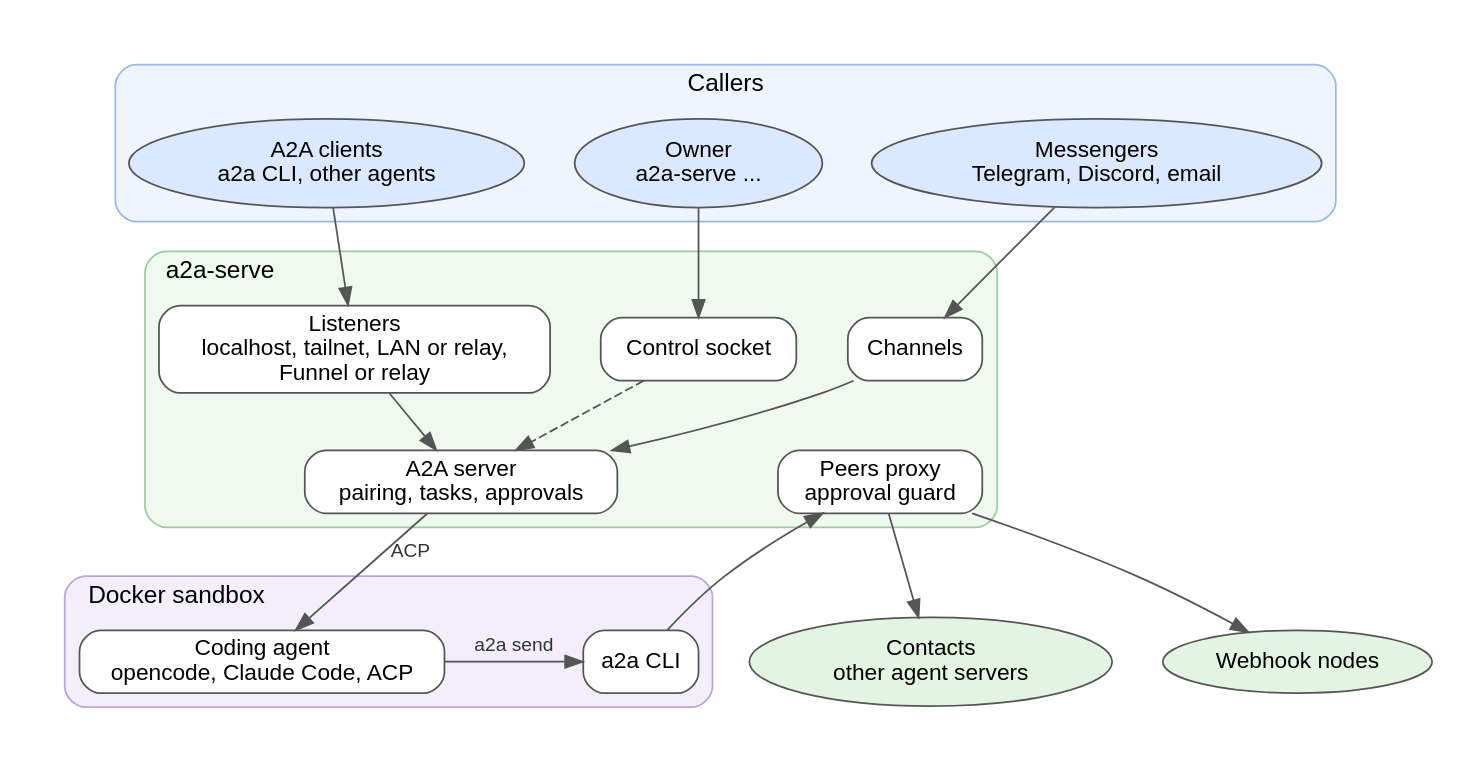
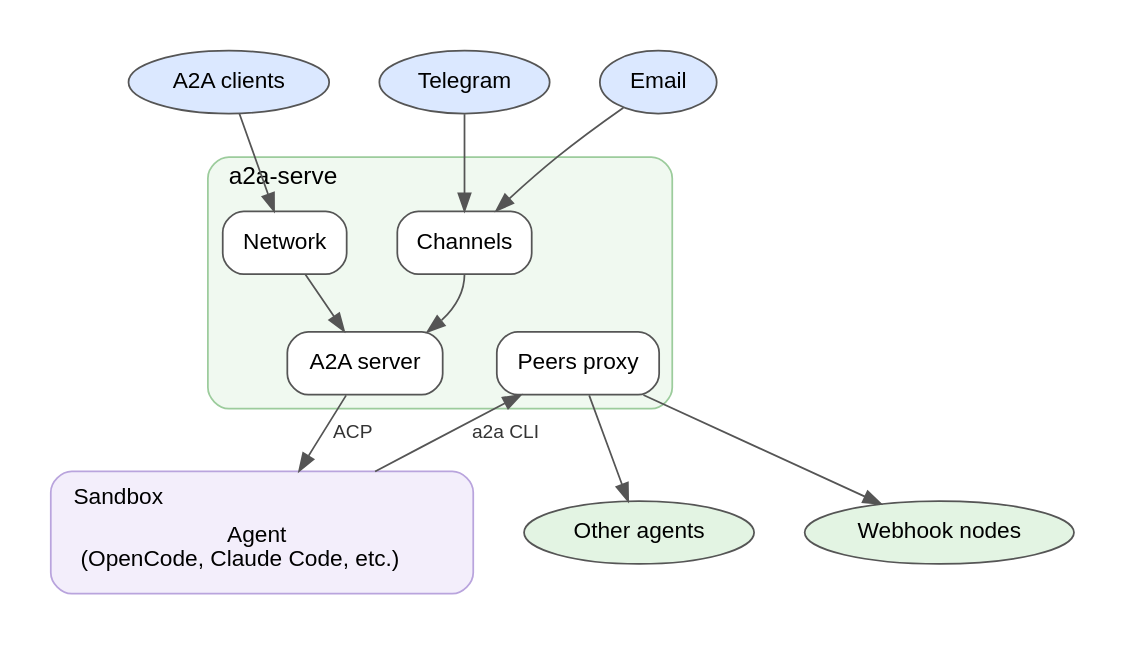
Before and after one commit to a2aproject/a2a-serve: the diagram in docs/graphs/readme-overview.dot, drawn with Graphviz. The commit also changed 42 other files, not shown here.

```diff
--- a/docs/graphs/readme-overview.dot
+++ b/docs/graphs/readme-overview.dot
@@ -1,57 +1,45 @@
 // README overview: a simplified agent-server-overview.dot. Top to bottom:
-// callers, the server, the sandboxed harness; the harness calls other agents
+// callers, the server, the sandboxed agent; the agent calls other agents
 // back through the server.
-// Render: dot -Tpng -Gdpi=110 readme-overview.dot -o readme-overview.png
+// Render: docs/graphs/render.sh readme-overview.dot
 digraph readme_overview {
   rankdir=TB;
   graph [fontname="Helvetica", nodesep=0.4, ranksep=0.45, pad=0.3, newrank=true];
   node  [fontname="Helvetica", fontsize=13, shape=box, style="rounded,filled", fillcolor="#ffffff", color="#555555"];
   edge  [fontname="Helvetica", fontsize=11, color="#555555", fontcolor="#333333"];
 
-  subgraph cluster_callers {
-    label="Callers"; style="rounded,filled"; fillcolor="#eef5ff"; color="#9bb7e0";
-    { rank=same;
-      Client    [label="A2A clients\na2a CLI, other agents", shape=ellipse, fillcolor="#dbe8ff"];
-      Owner     [label="Owner\na2a-serve ...", shape=ellipse, fillcolor="#dbe8ff"];
-      Messenger [label="Messengers\nTelegram, Discord, email", shape=ellipse, fillcolor="#dbe8ff"];
-    }
+  { rank=same;
+    Client   [label="A2A clients", shape=ellipse, fillcolor="#dbe8ff"];
+    Telegram [label="Telegram", shape=ellipse, fillcolor="#dbe8ff"];
+    Email    [label="Email", shape=ellipse, fillcolor="#dbe8ff"];
   }
 
   subgraph cluster_server {
     label="a2a-serve"; labeljust=l; style="rounded,filled"; fillcolor="#f0f9f0"; color="#9ccc9c";
-    { rank=same;
-      Listeners [label="Listeners\nlocalhost, tailnet, LAN or relay,\nFunnel or relay"];
-      Control   [label="Control socket"];
-      Router    [label="Channels"];
-    }
-    { rank=same;
-      Core  [label="A2A server\npairing, tasks, approvals"];
-      Proxy [label="Peers proxy\napproval guard"];
-    }
+    // Pad keeps the incoming edges clear of the cluster label.
+    { rank=same; Pad [label="", style=invis, width=0.6]; Net [label="Network"]; Channels [label="Channels"]; }
+    { rank=same; Core [label="A2A server"]; Proxy [label="Peers proxy"]; }
   }
 
-  subgraph cluster_sandbox {
-    label="Docker sandbox"; labeljust=l; style="rounded,filled"; fillcolor="#f3eefb"; color="#b9a4dd";
-    { rank=same;
-      Harness [label="Coding agent\nopencode, Claude Code, ACP"];
-      CLI     [label="a2a CLI"];
-    }
-  }
+  Agent [fillcolor="#f3eefb", color="#b9a4dd", margin="0.15,0.08", label=<
+    <table border="0" cellspacing="0" cellpadding="2">
+      <tr><td align="left">Sandbox</td></tr>
+      <tr><td cellpadding="6">Agent<br/>(OpenCode, Claude Code, etc.)</td></tr>
+    </table>>];
 
   { rank=same;
-    Remote  [label="Contacts\nother agent servers", shape=ellipse, fillcolor="#e3f4e3"];
+    Remote  [label="Other agents", shape=ellipse, fillcolor="#e3f4e3"];
     Webhook [label="Webhook nodes", shape=ellipse, fillcolor="#e3f4e3"];
   }
 
-  Client -> Listeners;
-  Owner -> Control;
-  Messenger -> Router;
-  Listeners -> Core;
-  Control -> Core [style=dashed];
-  Router -> Core;
-  Core -> Harness [label="ACP"];
-  Harness -> CLI [label="a2a send"];
-  Proxy -> CLI [dir=back];
+  Client -> Net;
+  Telegram -> Channels;
+  Email -> Channels;
+  Net -> Core;
+  Pad -> Core [style=invis];
+  Channels -> Core [tailport=s];
+  Core -> Agent [label=" ACP"];
+  Agent -> Proxy [label=" a2a CLI"];
   Proxy -> Remote;
   Proxy -> Webhook;
 }
```
